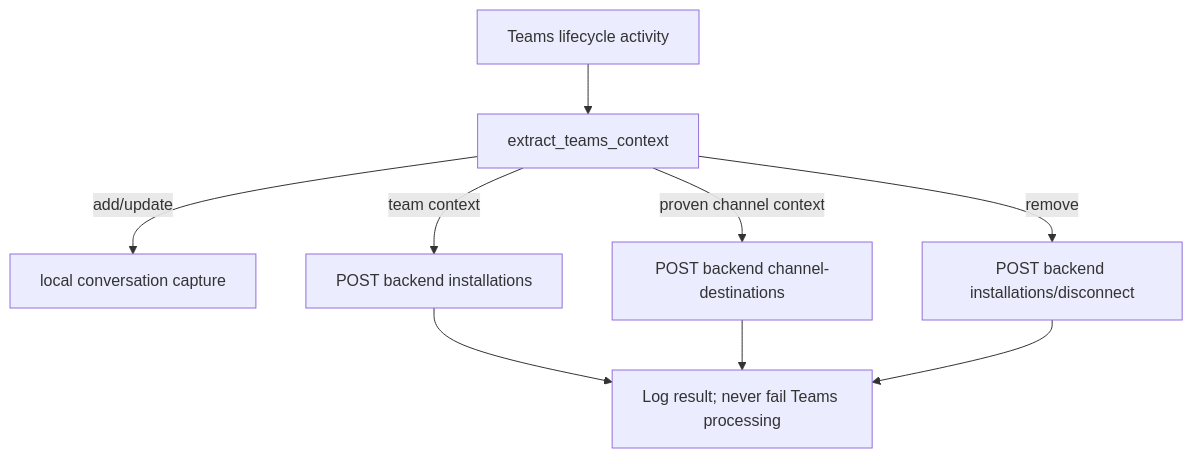
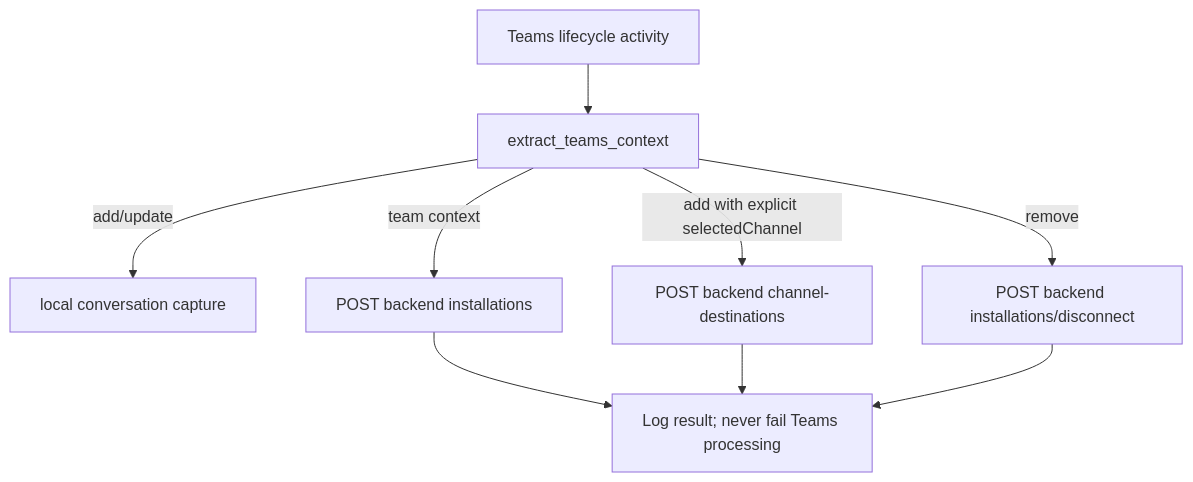
The diagram in docs-bot/10-WEBHOOKS-AND-EVENTS.md (stratsync-rohit/mvp-teams-bot-), drawn with Mermaid before and after one commit. The commit also changed other lines of this file and 4 other files, not shown here.

````diff
--- a/docs-bot/10-WEBHOOKS-AND-EVENTS.md
+++ b/docs-bot/10-WEBHOOKS-AND-EVENTS.md
@@ -30,11 +30,11 @@
 ```mermaid
 flowchart TD
   E[Teams lifecycle activity] --> X[extract_teams_context]
   X -->|add/update| L[local conversation capture]
   X -->|team context| I[POST backend installations]
-  X -->|proven channel context| D[POST backend channel-destinations]
+  X -->|add with explicit selectedChannel| D[POST backend channel-destinations]
   X -->|remove| R[POST backend installations/disconnect]
   I --> OK[Log result; never fail Teams processing]
   D --> OK
   R --> OK
 ```
````
